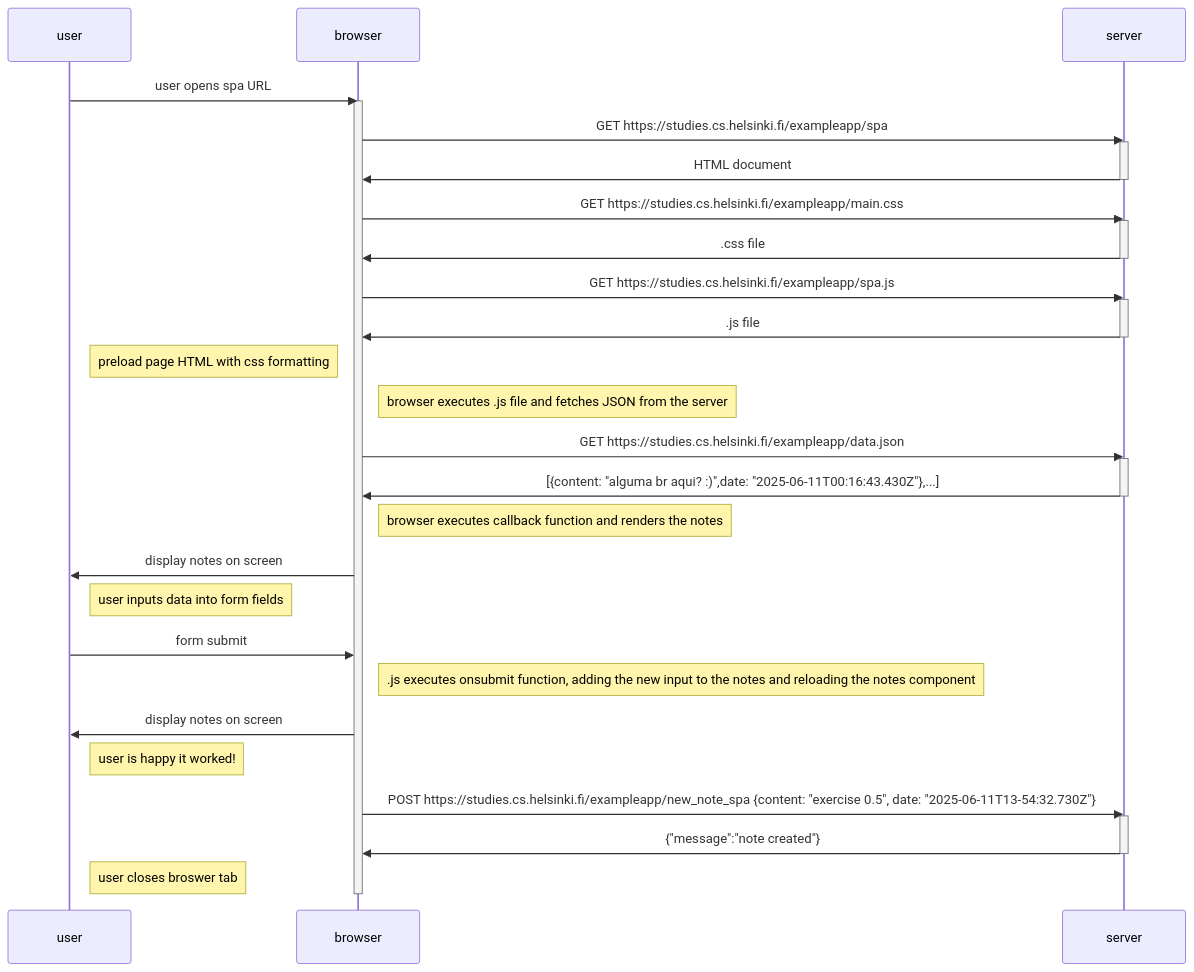
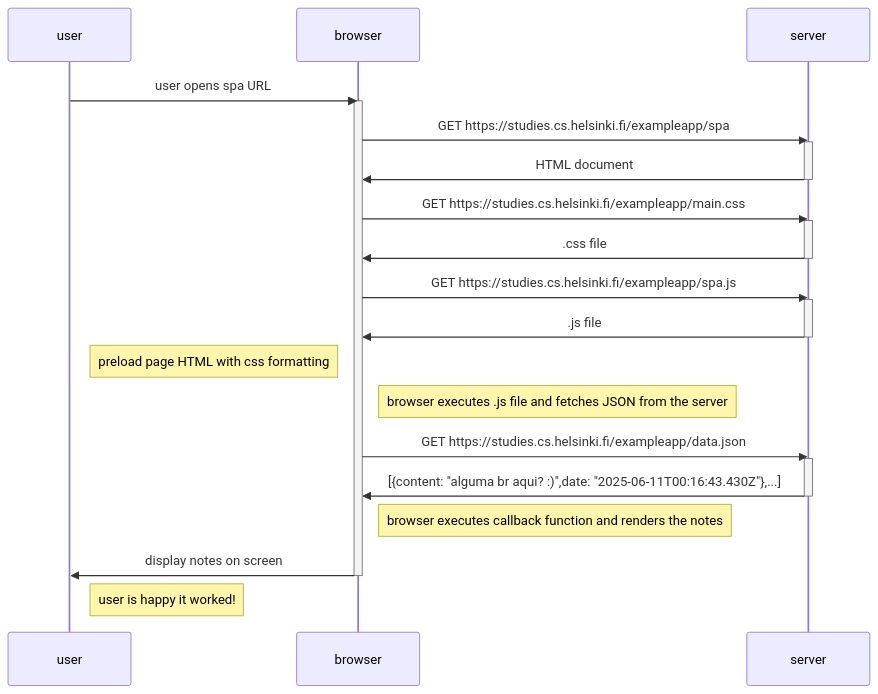
Before and after one commit to chubert98/helsinki-fullstack-opencourse: the diagram in part0/0.5-single-page-app-diagram.md, drawn with Mermaid. The commit also changed 7 other files, not shown here.

````diff
--- a/part0/0.5-single-page-app-diagram.md
+++ b/part0/0.5-single-page-app-diagram.md
@@ -1,49 +1,37 @@
 ```mermaid
   sequenceDiagram
     participant user
     participant browser
     participant server
 
     user->>browser: user opens spa URL
     activate browser
     browser->>server: GET https://studies.cs.helsinki.fi/exampleapp/spa
     activate server
     server->>browser: HTML document
     deactivate server
 
     browser->>server: GET https://studies.cs.helsinki.fi/exampleapp/main.css
     activate server
     server->>browser: .css file
     deactivate server
 
     browser->>server: GET https://studies.cs.helsinki.fi/exampleapp/spa.js
     activate server
     server->>browser: .js file
     deactivate server
 
     note right of user: preload page HTML with css formatting
     note right of browser: browser executes .js file and fetches JSON from the server
 
     browser->>server: GET https://studies.cs.helsinki.fi/exampleapp/data.json
     activate server
     server->>browser: [{content: "alguma br aqui? :)",date: "2025-06-11T00:16:43.430Z"},...]
     deactivate server
 
     note right of browser: browser executes callback function and renders the notes
     browser->>user: display notes on screen
+    deactivate browser
 
-    note right of user: user inputs data into form fields
-    user->>browser: form submit
-
-    note right of browser: .js executes onsubmit function, adding the new input to the notes and reloading the notes component
-    browser->>user: display notes on screen
     note right of user: user is happy it worked!
-
-    browser->>server: POST https://studies.cs.helsinki.fi/exampleapp/new_note_spa {content: "exercise 0.5", date: "2025-06-11T13-54:32.730Z"}
-    activate server
-    server->>browser: {"message":"note created"}
-    deactivate server
-
-    note right of user: user closes broswer tab
-    deactivate browser
 ```
````
